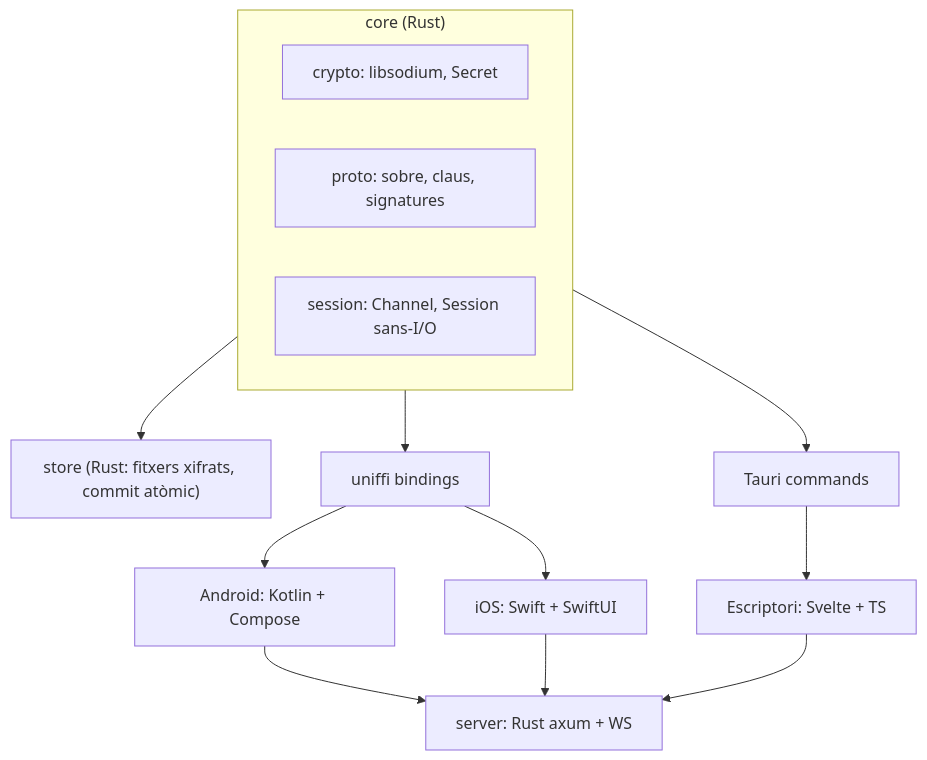
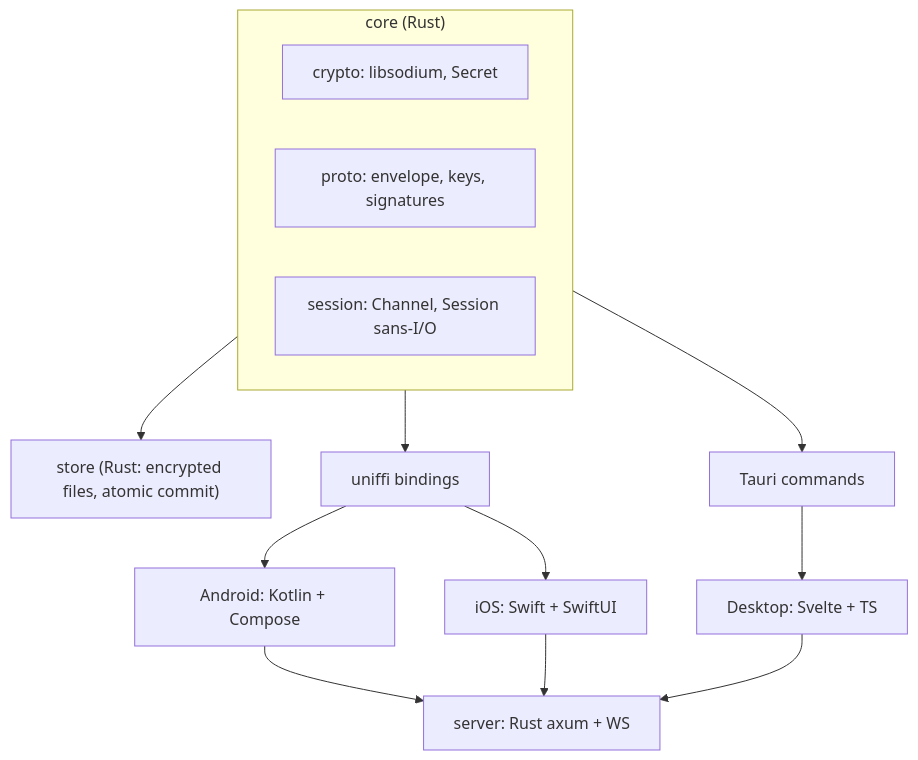
One commit to maarcv/privatechat changed the third of 4 diagrams in docs/spec.md. Above: the diagram before and after it, drawn with Mermaid. The commit also changed other lines of this file and 75 other files, not shown here.

````diff
--- a/docs/spec.md
+++ b/docs/spec.md
@@ -374,16 +374,16 @@
 ```mermaid
 flowchart TD
     subgraph core["core (Rust)"]
         crypto[crypto: libsodium, Secret]
-        proto[proto: sobre, claus, signatures]
+        proto[proto: envelope, keys, signatures]
         session[session: Channel, Session sans-I/O]
     end
-    store["store (Rust: fitxers xifrats, commit atòmic)"]
+    store["store (Rust: encrypted files, atomic commit)"]
     core --> store
     core --> uniffi[uniffi bindings]
     core --> tauri[Tauri commands]
     uniffi --> android[Android: Kotlin + Compose]
     uniffi --> ios[iOS: Swift + SwiftUI]
-    tauri --> desktop[Escriptori: Svelte + TS]
+    tauri --> desktop[Desktop: Svelte + TS]
     android & ios & desktop --> server[server: Rust axum + WS]
 ```
````
